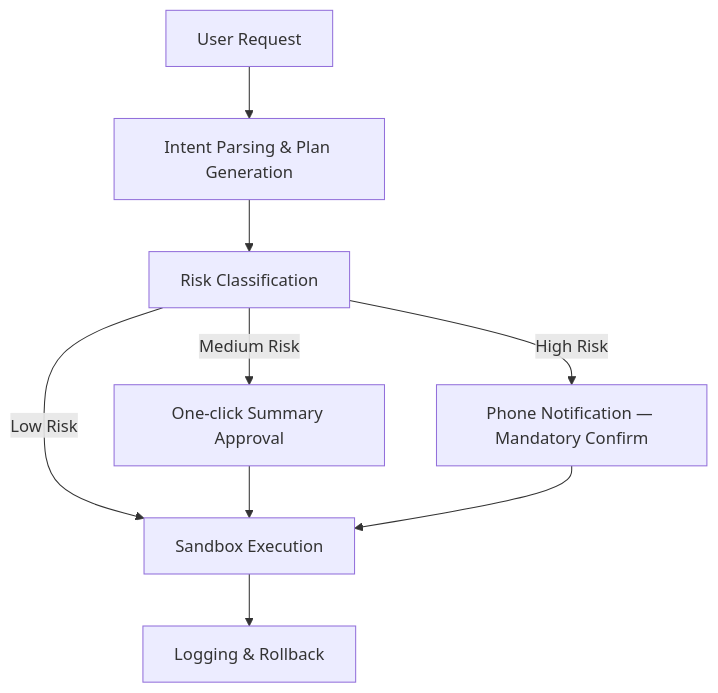
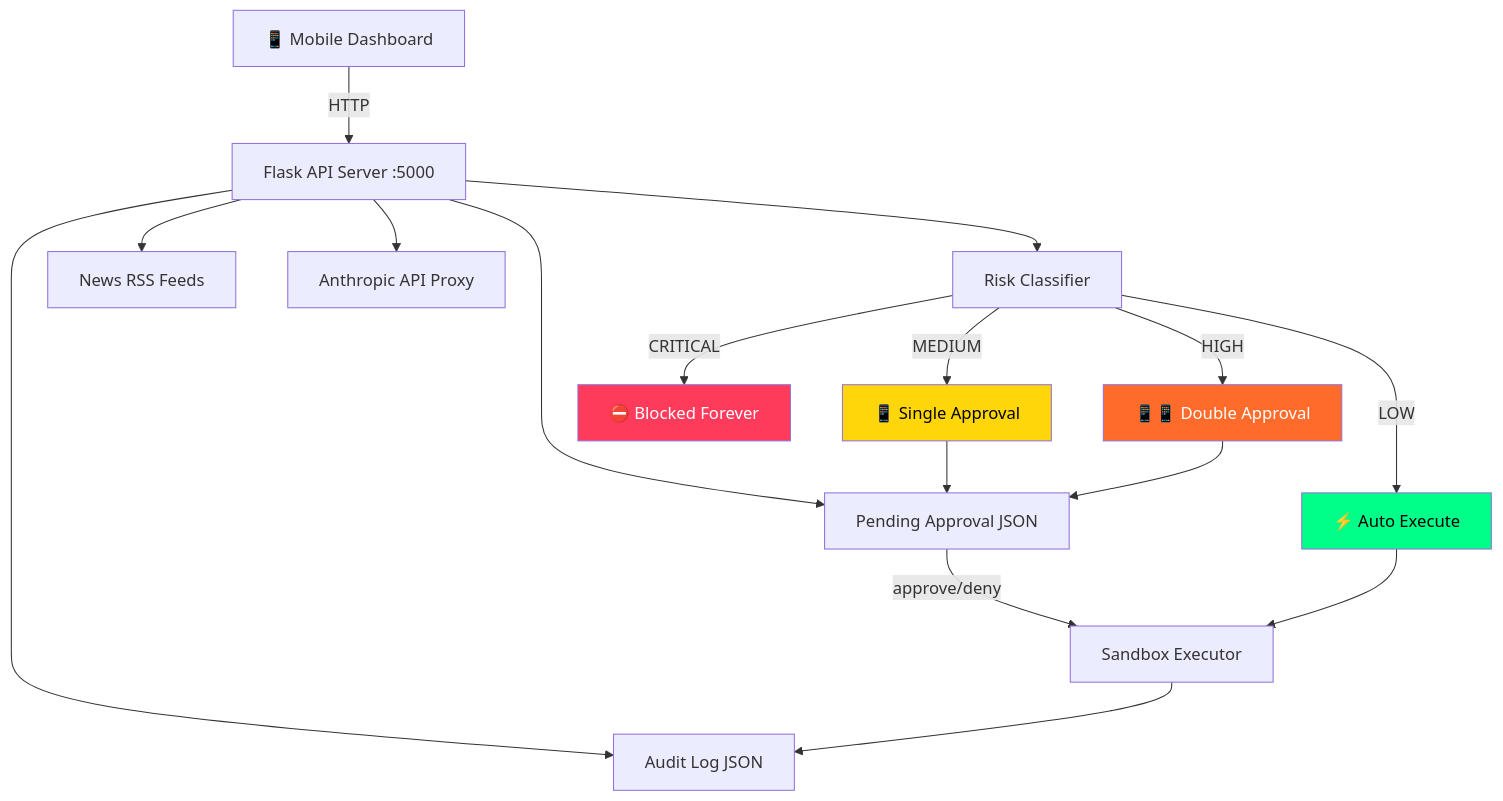
One commit to ismailkarabulut-lang/theia-guard changed the diagram in README.md. Above: the diagram before and after it, drawn with Mermaid. The commit also changed other lines of this file and 1 other file, not shown here.

Commit message:
docs: epic README with mermaid architecture diagram

````diff
--- a/README.md
+++ b/README.md
@@ -84,11 +30,25 @@
 ```mermaid
 graph TD
-    A[User Request] --> B[Intent Parsing & Plan Generation]
-    B --> C[Risk Classification]
-    C -->|Low Risk| E[Sandbox Execution]
-    C -->|Medium Risk| D1[One-click Summary Approval]
-    C -->|High Risk| D2[Phone Notification — Mandatory Confirm]
-    D1 --> E
-    D2 --> E
-    E --> F[Logging & Rollback]
+    A[📱 Mobile Dashboard] -->|HTTP| B[Flask API Server :5000]
+    B --> C[Risk Classifier]
+    B --> D[Audit Log JSON]
+    B --> E[Pending Approval JSON]
+    B --> F[News RSS Feeds]
+    B --> G[Anthropic API Proxy]
+    
+    C -->|LOW| H[⚡ Auto Execute]
+    C -->|MEDIUM| I[📱 Single Approval]
+    C -->|HIGH| J[📱📱 Double Approval]
+    C -->|CRITICAL| K[⛔ Blocked Forever]
+    
+    I --> E
+    J --> E
+    E -->|approve/deny| L[Sandbox Executor]
+    H --> L
+    L --> D
+
+    style K fill:#ff3b5c,color:#fff
+    style H fill:#00ff88,color:#000
+    style I fill:#ffd60a,color:#000
+    style J fill:#ff6b2b,color:#fff
 ```
````
